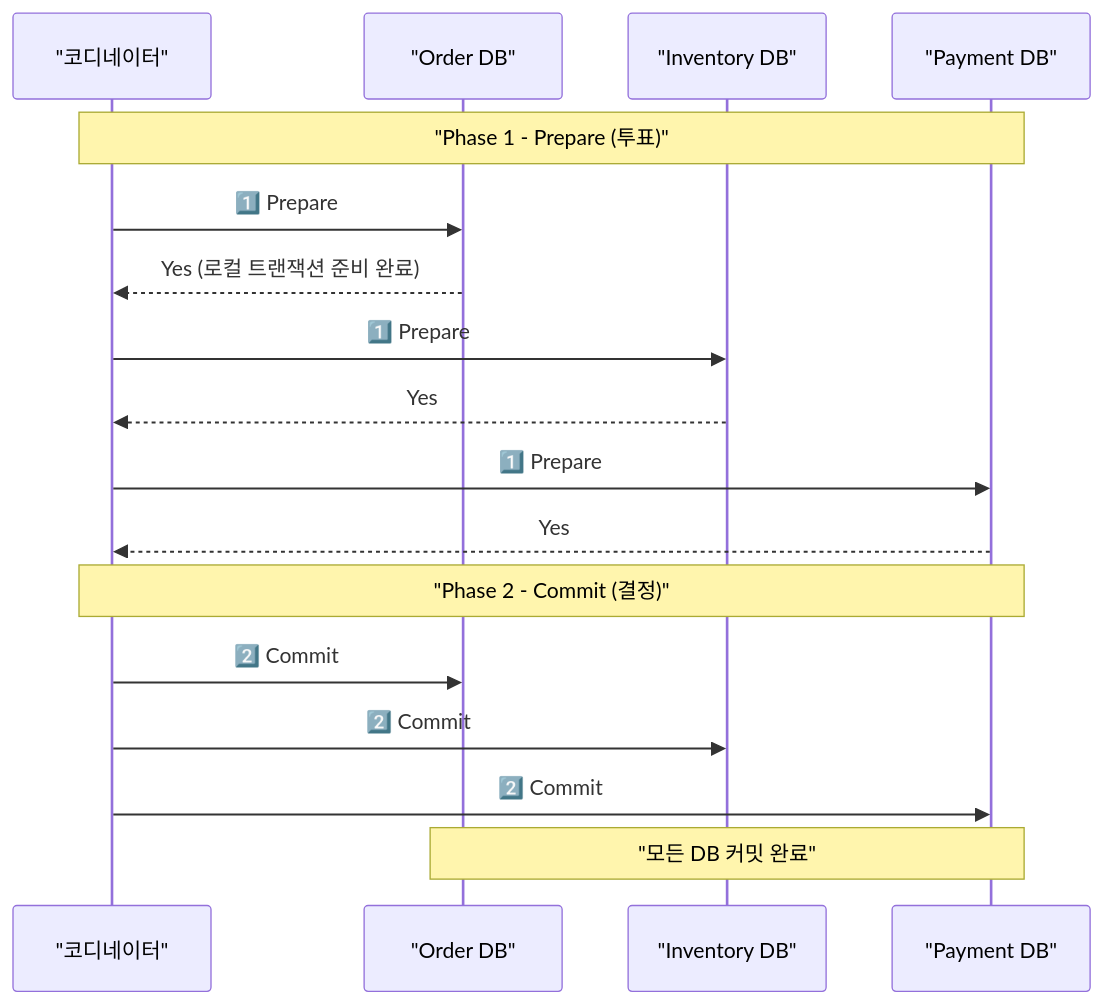
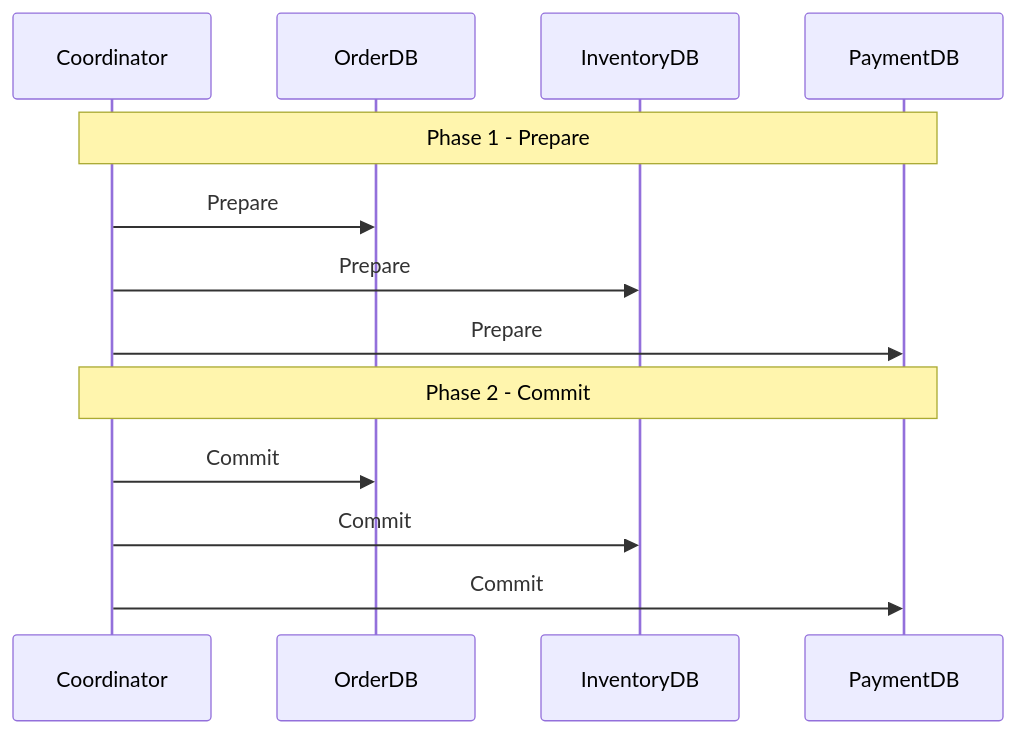
The second of 8 diagrams in _posts/spring/2026-05-01-distributed-transaction.md (yjkim2015/yjkim2015.github.io), drawn with Mermaid before and after one commit. The commit also changed other lines of this file and 215 other files, not shown here.

First line of the commit message:
신규 포스트 10개 추가 + Mermaid 전면 축소 + SystemDesign 시리즈 보강

````diff
--- a/_posts/spring/2026-05-01-distributed-transaction.md
+++ b/_posts/spring/2026-05-01-distributed-transaction.md
@@ -52,21 +52,15 @@
 ```mermaid
 sequenceDiagram
-    participant CO as "코디네이터"
-    participant ODB as "Order DB"
-    participant IDB as "Inventory DB"
-    participant PDB as "Payment DB"
-
-    Note over CO,PDB: "Phase 1 - Prepare (투표)"
-    CO->>ODB: 1️⃣ Prepare
-    ODB-->>CO: Yes (로컬 트랜잭션 준비 완료)
-    CO->>IDB: 1️⃣ Prepare
-    IDB-->>CO: Yes
-    CO->>PDB: 1️⃣ Prepare
-    PDB-->>CO: Yes
-
-    Note over CO,PDB: "Phase 2 - Commit (결정)"
-    CO->>ODB: 2️⃣ Commit
-    CO->>IDB: 2️⃣ Commit
-    CO->>PDB: 2️⃣ Commit
-    Note over ODB,PDB: "모든 DB 커밋 완료"
+    participant CO as Coordinator
+    participant ODB as OrderDB
+    participant IDB as InventoryDB
+    participant PDB as PaymentDB
+    Note over CO,PDB: Phase 1 - Prepare
+    CO->>ODB: Prepare
+    CO->>IDB: Prepare
+    CO->>PDB: Prepare
+    Note over CO,PDB: Phase 2 - Commit
+    CO->>ODB: Commit
+    CO->>IDB: Commit
+    CO->>PDB: Commit
 ```
````
